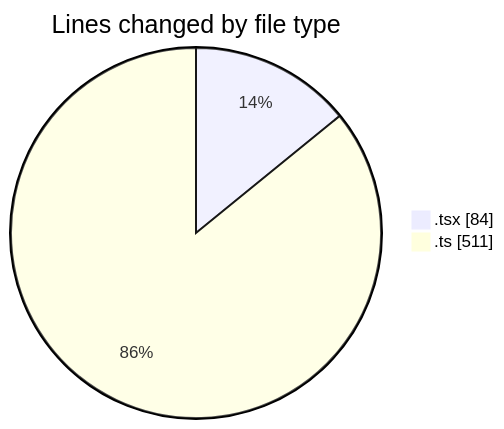
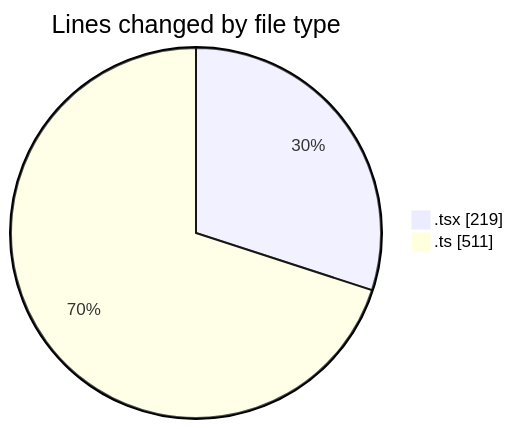
One commit to julien-gomy/code-tracking changed the first of 2 diagrams in 2025-10-20/eventscop-frontend-guide__workspace_/README.md. Above: the diagram before and after it, drawn with Mermaid. The commit also changed other lines of this file and 1 other file, not shown here.

````diff
--- a/2025-10-20/eventscop-frontend-guide__workspace_/README.md
+++ b/2025-10-20/eventscop-frontend-guide__workspace_/README.md
@@ -25,6 +26,6 @@
 ```mermaid
 pie showData
 title Lines changed by file type
-".tsx" : 84
+".tsx" : 219
 ".ts" : 511
 ```
````
